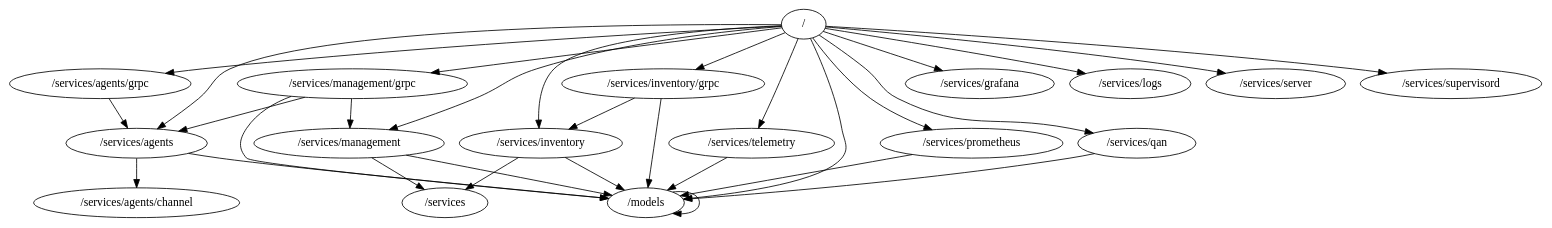
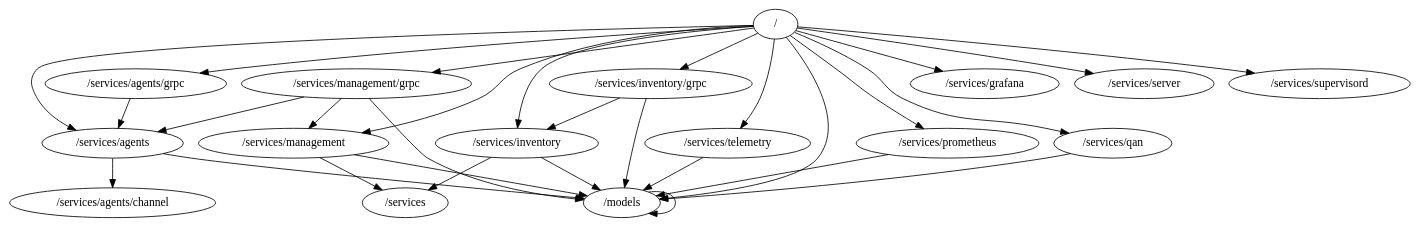
The diagram in packages.dot (percona/pmm-managed), drawn with Graphviz before and after one commit. The commit also changed 5 other files, not shown here.

```diff
--- a/packages.dot
+++ b/packages.dot
@@ -1,32 +1,31 @@
 digraph packages {
 	"/" -> "/models";
 	"/" -> "/services/agents";
 	"/" -> "/services/agents/grpc";
 	"/" -> "/services/grafana";
 	"/" -> "/services/inventory";
 	"/" -> "/services/inventory/grpc";
-	"/" -> "/services/logs";
 	"/" -> "/services/management";
 	"/" -> "/services/management/grpc";
 	"/" -> "/services/prometheus";
 	"/" -> "/services/qan";
 	"/" -> "/services/server";
 	"/" -> "/services/supervisord";
 	"/" -> "/services/telemetry";
 	"/models" -> "/models";
 	"/services/agents" -> "/models";
 	"/services/agents" -> "/services/agents/channel";
 	"/services/agents/grpc" -> "/services/agents";
 	"/services/inventory" -> "/models";
 	"/services/inventory" -> "/services";
 	"/services/inventory/grpc" -> "/models";
 	"/services/inventory/grpc" -> "/services/inventory";
 	"/services/management" -> "/models";
 	"/services/management" -> "/services";
 	"/services/management/grpc" -> "/models";
 	"/services/management/grpc" -> "/services/agents";
 	"/services/management/grpc" -> "/services/management";
 	"/services/prometheus" -> "/models";
 	"/services/qan" -> "/models";
 	"/services/telemetry" -> "/models";
 }
```
